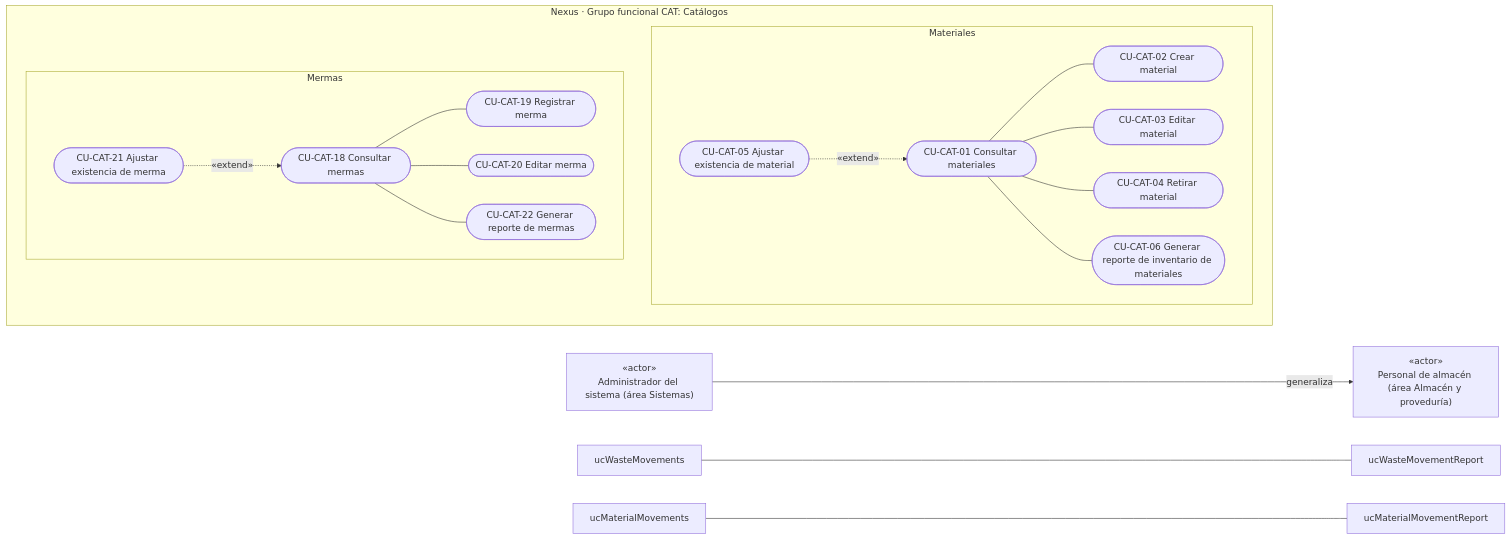
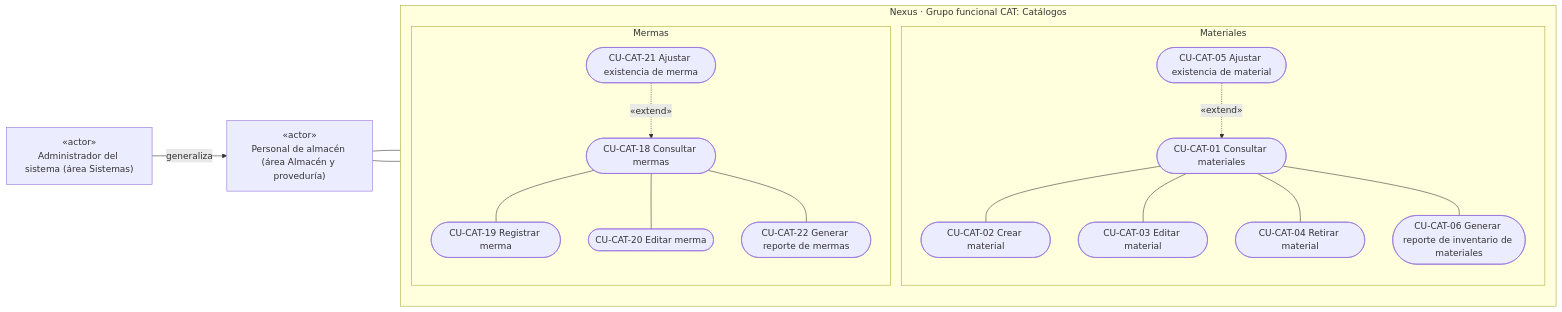
Before and after one commit to gpgsistemas01/nexus: the fourth of 6 diagrams in docs/requirements/domain-and-use-cases/03-casos-de-uso-vigentes.md, drawn with Mermaid. The commit also changed other lines of this file, not shown here.

Commit message:
feat: Corregir diagramas de casos de uso de catalogos y almacen

````diff
--- a/docs/requirements/domain-and-use-cases/03-casos-de-uso-vigentes.md
+++ b/docs/requirements/domain-and-use-cases/03-casos-de-uso-vigentes.md
@@ -197,37 +196,37 @@
 ```mermaid
 flowchart LR
     warehouse["«actor»<br/>Personal de almacén (área Almacén y proveduría)"]
     admin["«actor»<br/>Administrador del sistema (área Sistemas)"]
     admin -- "generaliza" --> warehouse
 
     subgraph catalogPackage["Nexus · Grupo funcional CAT: Catálogos"]
         direction TB
         subgraph materialCatalogFamily["Materiales"]
             ucMaterialQuery(["CU-CAT-01 Consultar materiales"])
             ucMaterialCreate(["CU-CAT-02 Crear material"])
             ucMaterialEdit(["CU-CAT-03 Editar material"])
             ucMaterialRemove(["CU-CAT-04 Retirar material"])
             ucMaterialStock(["CU-CAT-05 Ajustar existencia de material"])
             ucMaterialInventoryReport(["CU-CAT-06 Generar reporte de inventario de materiales"])
         end
         subgraph wasteCatalogFamily["Mermas"]
             ucWasteQuery(["CU-CAT-18 Consultar mermas"])
             ucWasteCreate(["CU-CAT-19 Registrar merma"])
             ucWasteEdit(["CU-CAT-20 Editar merma"])
             ucWasteStock(["CU-CAT-21 Ajustar existencia de merma"])
             ucWasteReport(["CU-CAT-22 Generar reporte de mermas"])
         end
     end
 
+    warehouse --- ucWasteQuery
+    warehouse --- ucMaterialQuery
     ucWasteQuery --- ucWasteCreate
     ucWasteQuery --- ucWasteEdit
     ucWasteQuery --- ucWasteReport
-    ucWasteMovements --- ucWasteMovementReport
     ucWasteStock -. "«extend»" .-> ucWasteQuery
     ucMaterialQuery --- ucMaterialCreate
     ucMaterialQuery --- ucMaterialEdit
     ucMaterialQuery --- ucMaterialRemove
     ucMaterialQuery --- ucMaterialInventoryReport
-    ucMaterialMovements --- ucMaterialMovementReport
     ucMaterialStock -. "«extend»" .-> ucMaterialQuery
 ```
````
